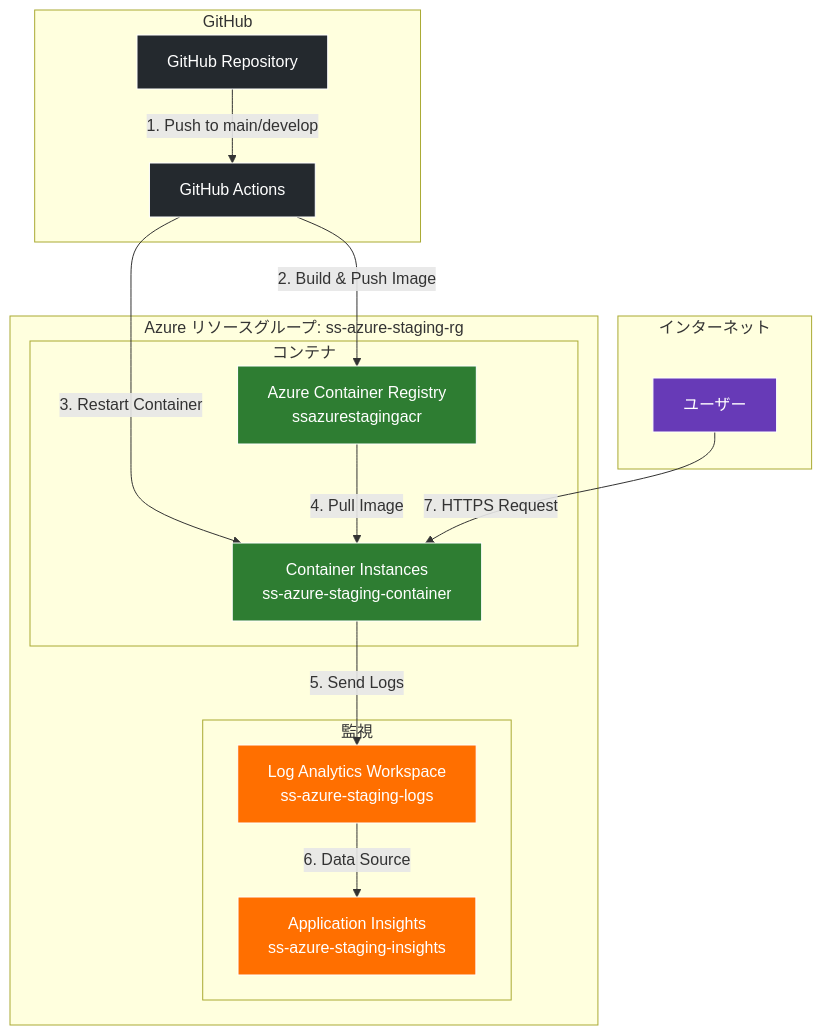
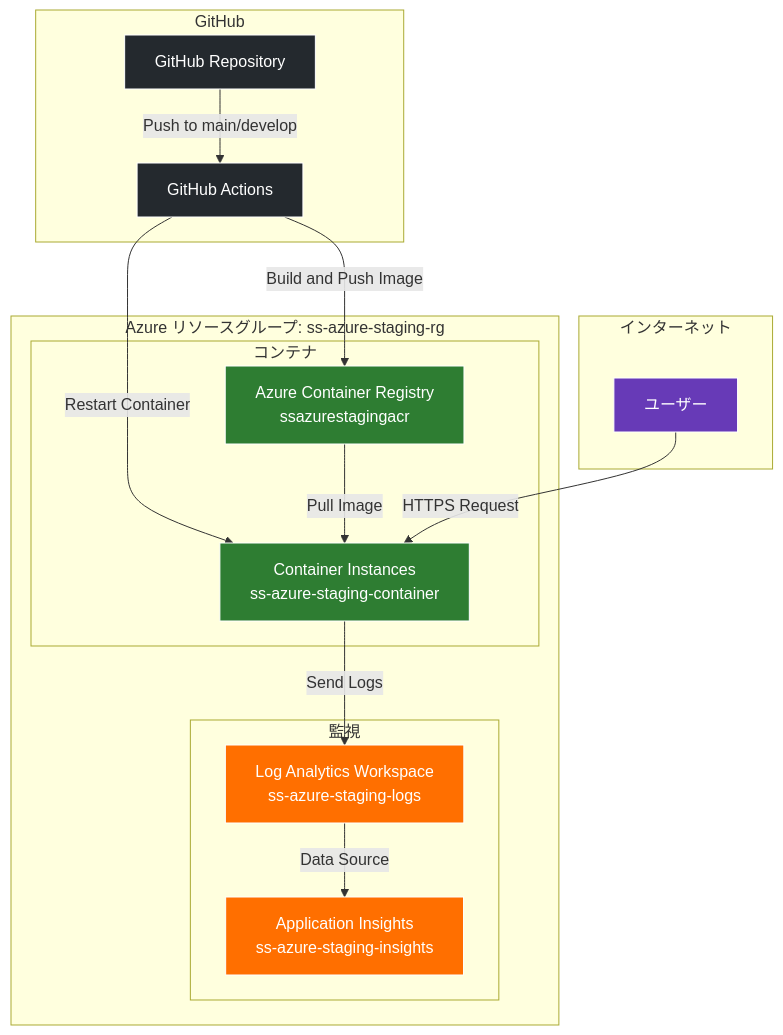
Before and after one commit to t-ishitsuka/ss-azure-mock: the first of 4 diagrams in docs/azure-infrastructure.md, drawn with Mermaid.

````diff
--- a/docs/azure-infrastructure.md
+++ b/docs/azure-infrastructure.md
@@ -5,44 +5,44 @@
 ```mermaid
 graph TB
     subgraph "GitHub"
         GH[GitHub Repository]
         GA[GitHub Actions]
     end
 
     subgraph "Azure リソースグループ: ss-azure-staging-rg"
         subgraph "監視"
             AI[Application Insights<br/>ss-azure-staging-insights]
             LAW[Log Analytics Workspace<br/>ss-azure-staging-logs]
         end
 
         subgraph "コンテナ"
             ACR[Azure Container Registry<br/>ssazurestagingacr]
             ACI[Container Instances<br/>ss-azure-staging-container]
         end
     end
 
     subgraph "インターネット"
         USER[ユーザー]
     end
 
     %% 接続
-    GH -->|1. Push to main/develop| GA
-    GA -->|2. Build & Push Image| ACR
-    GA -->|3. Restart Container| ACI
-    ACR -->|4. Pull Image| ACI
-    ACI -->|5. Send Logs| LAW
-    LAW -->|6. Data Source| AI
-    USER -->|7. HTTPS Request| ACI
+    GH -->|Push to main/develop| GA
+    GA -->|Build and Push Image| ACR
+    GA -->|Restart Container| ACI
+    ACR -->|Pull Image| ACI
+    ACI -->|Send Logs| LAW
+    LAW -->|Data Source| AI
+    USER -->|HTTPS Request| ACI
 
     %% スタイリング
     classDef github fill:#24292e,stroke:#fff,color:#fff
     classDef azure fill:#0078d4,stroke:#fff,color:#fff
     classDef container fill:#2e7d32,stroke:#fff,color:#fff
     classDef monitoring fill:#ff6f00,stroke:#fff,color:#fff
     classDef user fill:#673ab7,stroke:#fff,color:#fff
 
     class GH,GA github
     class ACR,ACI container
     class AI,LAW monitoring
     class USER user
 ```
````
